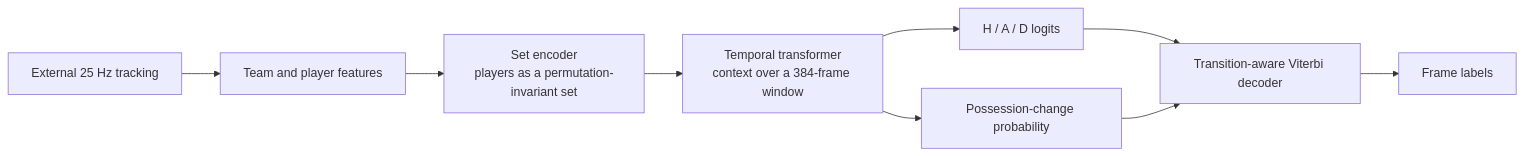
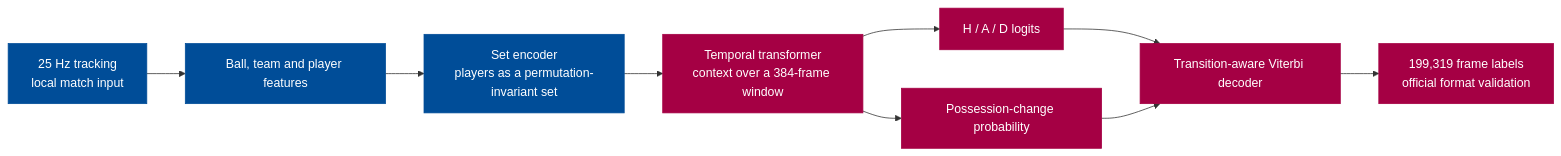
One commit to DataKnight1/more-than-a-hack-2027 changed the diagram in README.md. Above: the diagram before and after it, drawn with Mermaid. The commit also changed other lines of this file and 5 other files, not shown here.

````diff
--- a/README.md
+++ b/README.md
@@ -11,11 +39,15 @@
 ```mermaid
 flowchart LR
-  T[External 25 Hz tracking] --> F[Team and player features]
+  T[25 Hz tracking<br/>local match input] --> F[Ball, team and player features]
   F --> S[Set encoder<br/>players as a permutation-invariant set]
   S --> TT[Temporal transformer<br/>context over a 384-frame window]
   TT --> L[H / A / D logits]
   TT --> C[Possession-change probability]
   L --> V[Transition-aware Viterbi decoder]
   C --> V
-  V --> O[Frame labels]
+  V --> O[199,319 frame labels<br/>official format validation]
+  classDef blau fill:#004D98,stroke:#004D98,color:#fff;
+  classDef grana fill:#A50044,stroke:#A50044,color:#fff;
+  class T,F,S blau;
+  class TT,L,C,V,O grana;
 ```
````
